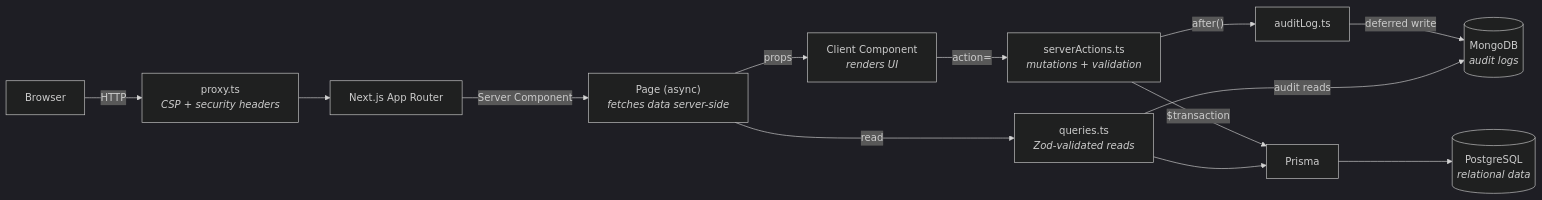
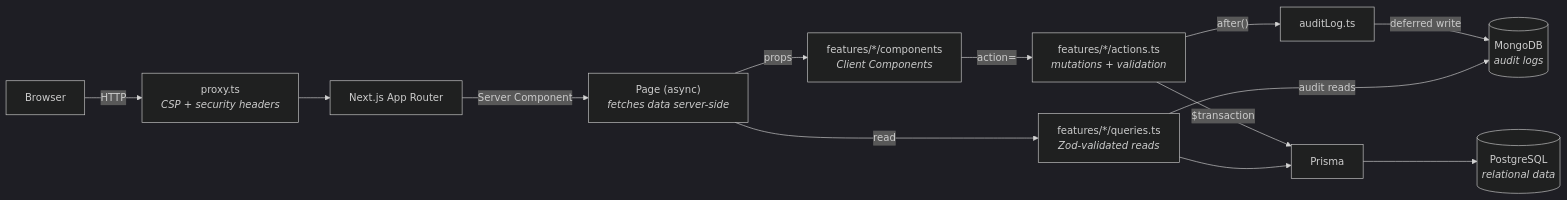
Before and after one commit to MikkoNumminen/HRManager: the fourth of 4 diagrams in README.md, drawn with Mermaid (dark theme). The commit also changed other lines of this file and 1 other file, not shown here.

First line of the commit message:
docs: update README architecture for feature-based module structure

````diff
--- a/README.md
+++ b/README.md
@@ -208,15 +208,15 @@
 ```mermaid
 graph LR
     Browser -->|HTTP| Proxy["proxy.ts<br/><i>CSP + security headers</i>"]
     Proxy --> Next["Next.js App Router"]
     Next -->|Server Component| SC["Page (async)<br/><i>fetches data server-side</i>"]
-    SC -->|read| Q["queries.ts<br/><i>Zod-validated reads</i>"]
-    SC -->|props| CC["Client Component<br/><i>renders UI</i>"]
-    CC -->|"action="| SA["serverActions.ts<br/><i>mutations + validation</i>"]
+    SC -->|read| Q["features/*/queries.ts<br/><i>Zod-validated reads</i>"]
+    SC -->|props| CC["features/*/components<br/><i>Client Components</i>"]
+    CC -->|"action="| SA["features/*/actions.ts<br/><i>mutations + validation</i>"]
     SA -->|$transaction| Prisma
     SA -->|"after()"| Audit["auditLog.ts"]
     Audit -->|deferred write| Mongo[(MongoDB<br/><i>audit logs</i>)]
     Q -->|audit reads| Mongo
     Q --> Prisma
     Prisma --> PG[(PostgreSQL<br/><i>relational data</i>)]
 ```
````
